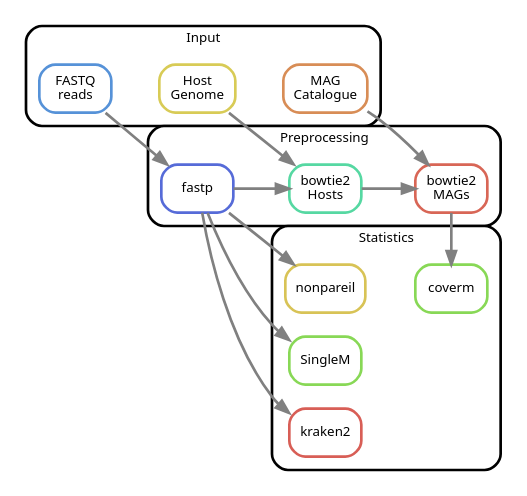
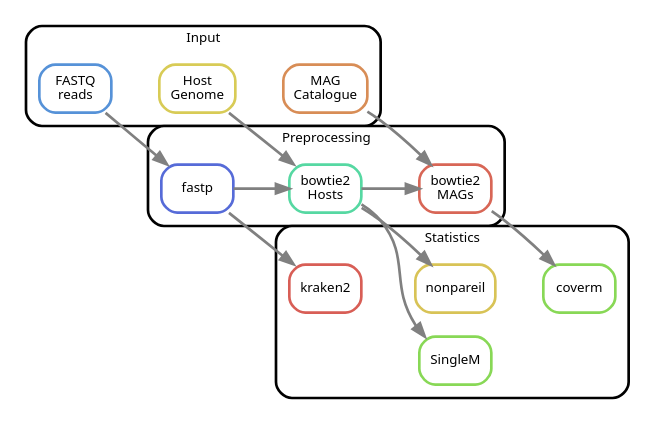
Before and after one commit to 3d-omics/bioinfo_detection_limit_test: the diagram in rulegraph_simple.dot, drawn with Graphviz. The commit also changed 1 other file, not shown here.

```diff
--- a/rulegraph_simple.dot
+++ b/rulegraph_simple.dot
@@ -1,50 +1,50 @@
 digraph snakemake_dag {
 	newrank=true;
     rankdir=LR;
     graph[bgcolor=white, margin=0, compound=true];
     node[shape=box, style=rounded, fontname=sans, fontsize=10, penwidth=2];
     edge[penwidth=2, color=grey];
 
 
 
     subgraph cluster_0 {
         label = "Input";
         shape=box; style=rounded; fontname=sans; fontsize=10; penwidth=2; margin=10;
         reads        [label = "FASTQ\nreads", color = "0.59 0.6 0.85", style="rounded"];
 		mags         [label = "MAG\nCatalogue", color = "0.07 0.6 0.85", style="rounded"];
 	    reference    [label = "Host\nGenome", color = "0.15 0.6 0.85", style="rounded"];
     }
 
 	subgraph cluster_1 {
 		label = "Preprocessing";
 		shape=box; style=rounded; fontname=sans; fontsize=10; penwidth=2; margin=10;
     	fastp        [label = "fastp", color = "0.64 0.6 0.85", style="rounded"];
     	bowtie2_host [label = "bowtie2\nHosts", color = "0.43 0.6 0.85", style="rounded"];
 	    bowtie2_mags [label = "bowtie2\nMAGs", color = "0.02 0.6 0.85", style="rounded"];
 		fastp -> bowtie2_host -> bowtie2_mags
 	}
 
 	subgraph cluster_2 {
 		label = "Statistics";
 		shape=box; style=rounded; fontname=sans; fontsize=10; penwidth=2; margin=10;
 		nonpareil    [label = "nonpareil", color = "0.14 0.6 0.85", style="rounded"];
 		coverm       [label = "coverm", color = "0.27 0.6 0.85", style="rounded"];
 		singlem      [label = "SingleM", color = "0.27 0.6 0.85", style="rounded"];
 		kraken2      [label = "kraken2", color = "0.01 0.6 0.85", style="rounded"];
 
 	}
 
-	{rank=same; bowtie2_host; kraken2; nonpareil; singlem}
-	{rank=same; bowtie2_mags; coverm}
+	// {rank=same; bowtie2_host; kraken2; nonpareil; singlem}
+	// {rank=same; bowtie2_mags; coverm}
 
 
     reads -> fastp
     reference -> bowtie2_host
     mags -> bowtie2_mags
 
     fastp -> kraken2
-    fastp -> nonpareil
-	fastp -> singlem
+    bowtie2_host -> nonpareil
+	bowtie2_host -> singlem
     bowtie2_mags -> coverm
 
 }
```
